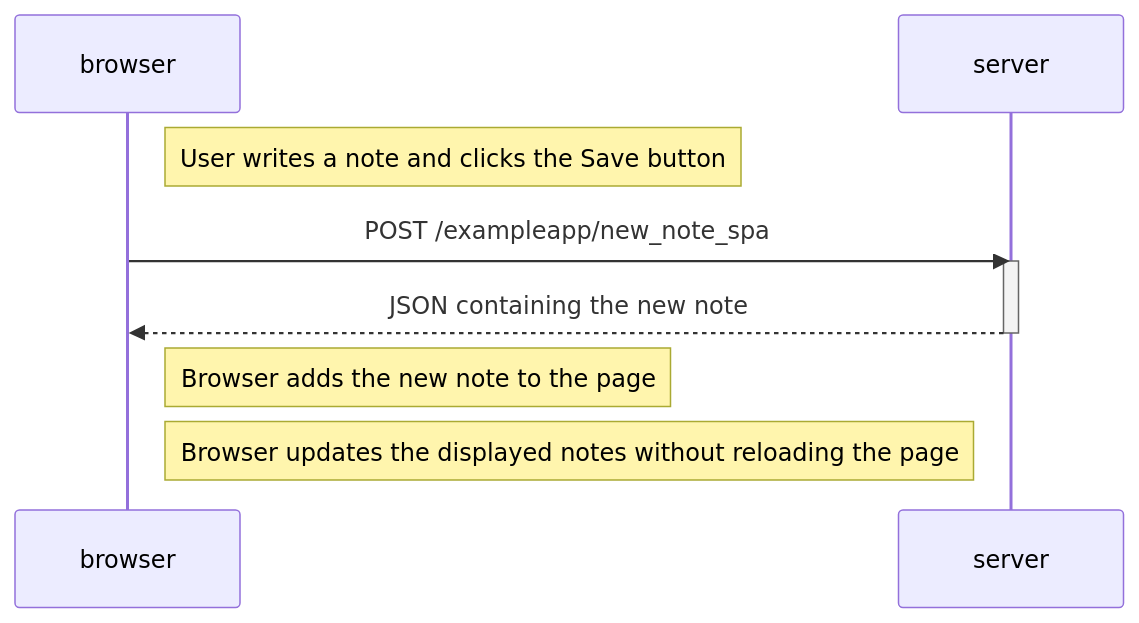
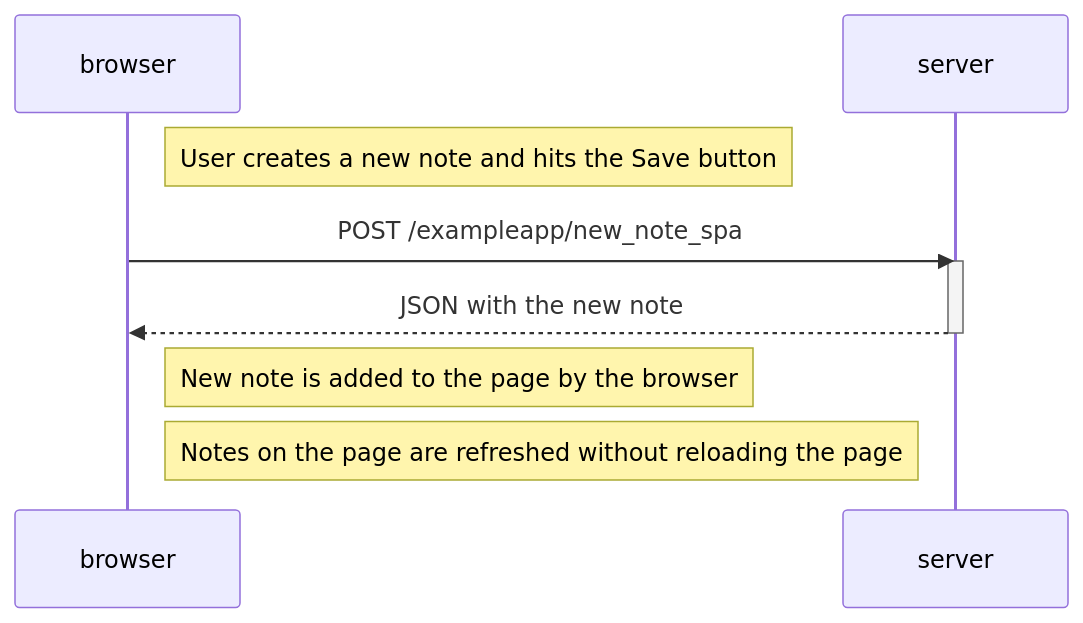
One commit to AmanuelDev993/Part0 changed the diagram in spa_new_note.md. Above: the diagram before and after it, drawn with Mermaid.

Commit message:
Update sequence diagram notes for clarity

````diff
--- a/spa_new_note.md
+++ b/spa_new_note.md
@@ -3,16 +3,16 @@
 ```mermaid
 sequenceDiagram
     participant browser
     participant server
-
-    Note right of browser: User writes a note and clicks the Save button
+    
+    Note right of browser: User creates a new note and hits the Save button
 
     browser->>server: POST /exampleapp/new_note_spa
     activate server
-    server-->>browser: JSON containing the new note
+    server-->>browser: JSON with the new note
     deactivate server
 
-    Note right of browser: Browser adds the new note to the page
+    Note right of browser: New note is added to the page by the browser
 
-    Note right of browser: Browser updates the displayed notes without reloading the page
+    Note right of browser: Notes on the page are refreshed without reloading the page
 ```
````
